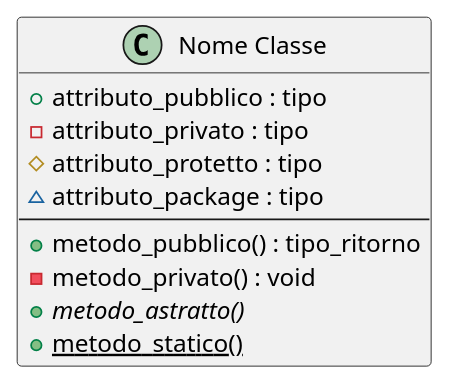
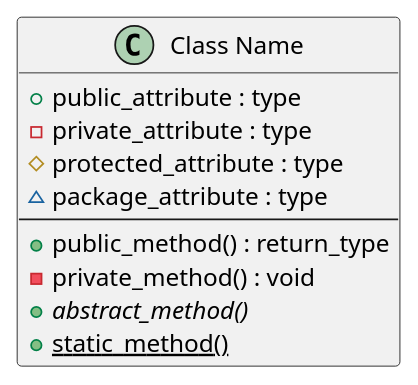
Before and after one commit to Seniorsimo/sas-template: the first of 30 diagrams in 04-structural-diagrams/class-diagrams/README.md, drawn with PlantUML. The commit also changed other lines of this file and 49 other files, not shown here.

````diff
--- a/04-structural-diagrams/class-diagrams/README.md
+++ b/04-structural-diagrams/class-diagrams/README.md
@@ -18,13 +18,13 @@
 ```plantuml
-class "Nome Classe" {
-  +attributo_pubblico : tipo
-  -attributo_privato : tipo
-  #attributo_protetto : tipo
-  ~attributo_package : tipo
+class "Class Name" {
+  +public_attribute : type
+  -private_attribute : type
+  #protected_attribute : type
+  ~package_attribute : type
   --
-  +metodo_pubblico() : tipo_ritorno
-  -metodo_privato() : void
-  {abstract} +metodo_astratto()
-  {static} +metodo_statico()
+  +public_method() : return_type
+  -private_method() : void
+  {abstract} +abstract_method()
+  {static} +static_method()
 }
 ```
````
